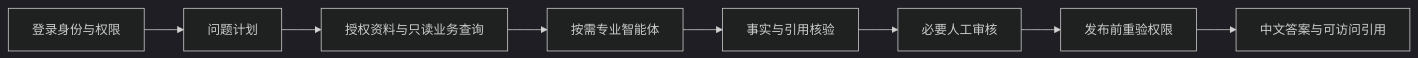
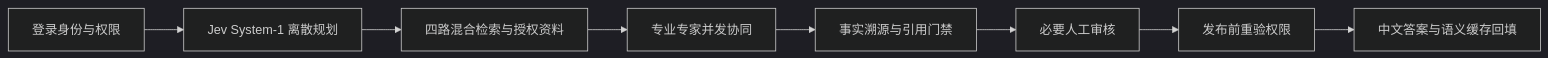
Before and after one commit to SenpeWang/TaoZhi-EcomAgent: the second of 2 diagrams in README.md, drawn with Mermaid (dark theme). The commit also changed other lines of this file and 1 other file, not shown here.

````diff
--- a/README.md
+++ b/README.md
@@ -64,10 +67,10 @@
-~~~mermaid
+```mermaid
 flowchart LR
-  A[登录身份与权限] --> B[问题计划]
-  B --> C[授权资料与只读业务查询]
-  C --> D[按需专业智能体]
-  D --> E[事实与引用核验]
+  A[登录身份与权限] --> B[Jev System-1 离散规划]
+  B --> C[四路混合检索与授权资料]
+  C --> D[专业专家并发协同]
+  D --> E[事实溯源与引用门禁]
   E --> F[必要人工审核]
   F --> G[发布前重验权限]
-  G --> H[中文答案与可访问引用]
-~~~
+  G --> H[中文答案与语义缓存回填]
+```
````
